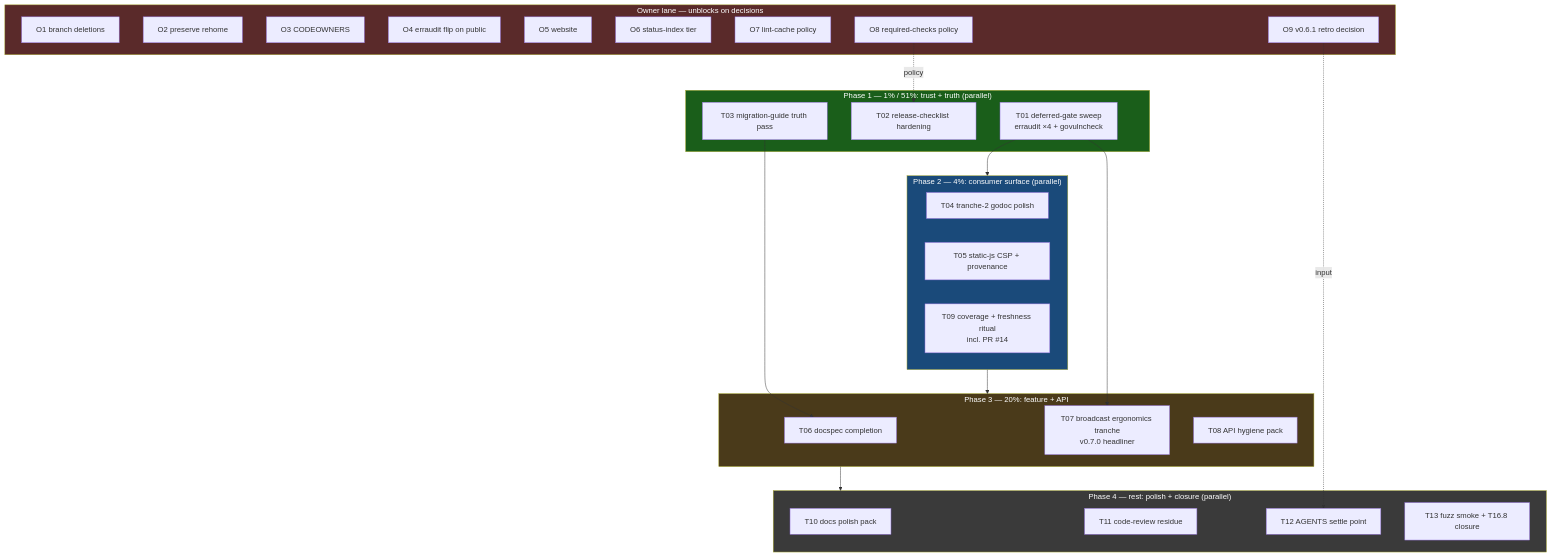
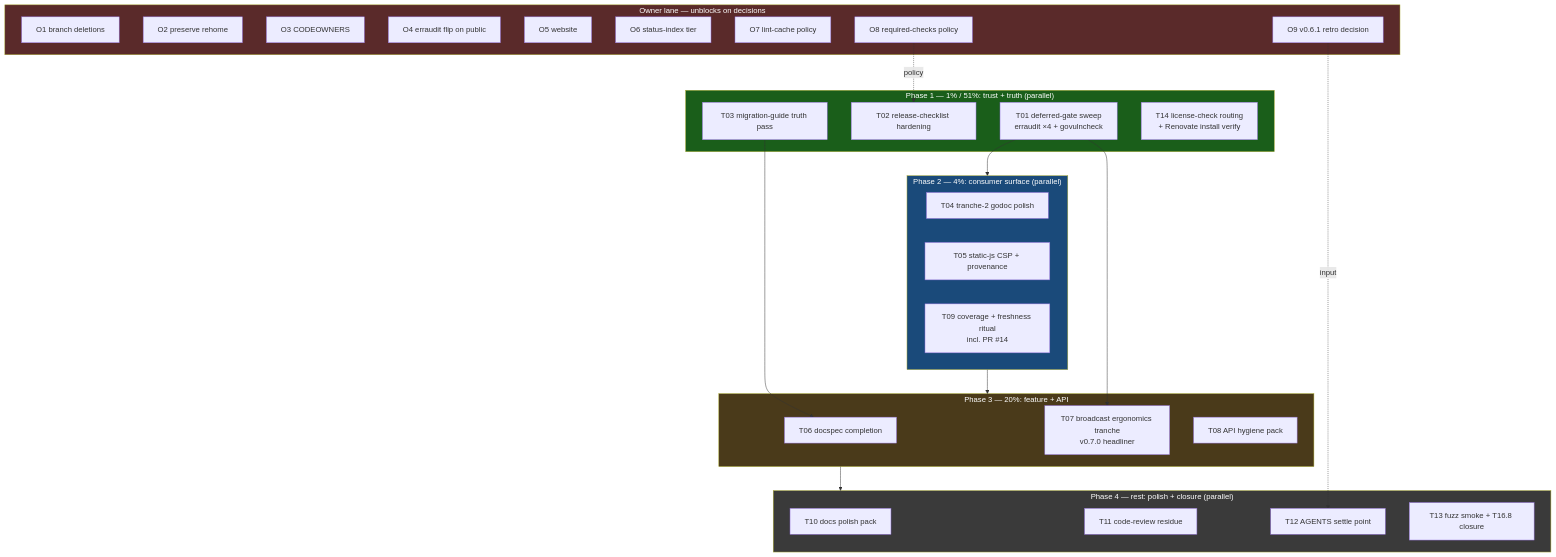
One commit to LarsArtmann/go-datastar changed the diagram in docs/planning/2026-10-01_05-05_pareto-trust-gates-docs-truth-broadcast-v070-prep.md. Above: the diagram before and after it, drawn with Mermaid. The commit also changed other lines of this file and 1 other file, not shown here.

First line of the commit message:
plan: complete the v0.7.0-prep pareto plan — T14 gate-truth (license-check loop, Renovate install verify)

````diff
--- a/docs/planning/2026-10-01_05-05_pareto-trust-gates-docs-truth-broadcast-v070-prep.md
+++ b/docs/planning/2026-10-01_05-05_pareto-trust-gates-docs-truth-broadcast-v070-prep.md
@@ -175,53 +180,54 @@
 ```mermaid
 flowchart TD
     subgraph P1["Phase 1 — 1% / 51%: trust + truth (parallel)"]
         T01[T01 deferred-gate sweep<br/>erraudit ×4 + govulncheck]
         T02[T02 release-checklist hardening]
         T03[T03 migration-guide truth pass]
+        T14[T14 license-check routing<br/>+ Renovate install verify]
     end
 
     subgraph P2["Phase 2 — 4%: consumer surface (parallel)"]
         T04[T04 tranche-2 godoc polish]
         T05[T05 static-js CSP + provenance]
         T09[T09 coverage + freshness ritual<br/>incl. PR #14]
     end
 
     subgraph P3["Phase 3 — 20%: feature + API"]
         T06[T06 docspec completion]
         T07[T07 broadcast ergonomics tranche<br/>v0.7.0 headliner]
         T08[T08 API hygiene pack]
     end
 
     subgraph P4["Phase 4 — rest: polish + closure (parallel)"]
         T10[T10 docs polish pack]
         T11[T11 code-review residue]
         T12[T12 AGENTS settle point]
         T13[T13 fuzz smoke + T16.8 closure]
     end
 
     subgraph OWNER["Owner lane — unblocks on decisions"]
         O1[O1 branch deletions]
         O2[O2 preserve rehome]
         O3[O3 CODEOWNERS]
         O4[O4 erraudit flip on public]
         O5[O5 website]
         O6[O6 status-index tier]
         O7[O7 lint-cache policy]
         O8[O8 required-checks policy]
         O9[O9 v0.6.1 retro decision]
     end
 
     T01 --> T07
     T03 --> T06
     T01 --> P2
     P2 --> P3
     P3 --> P4
     O9 -.input.-> T12
     O8 -.policy.-> T02
 
     style P1 fill:#1a5e1a,color:#fff
     style P2 fill:#1a4a7a,color:#fff
     style P3 fill:#4a3a1a,color:#fff
     style P4 fill:#3a3a3a,color:#fff
     style OWNER fill:#5a2a2a,color:#fff
 ```
````
